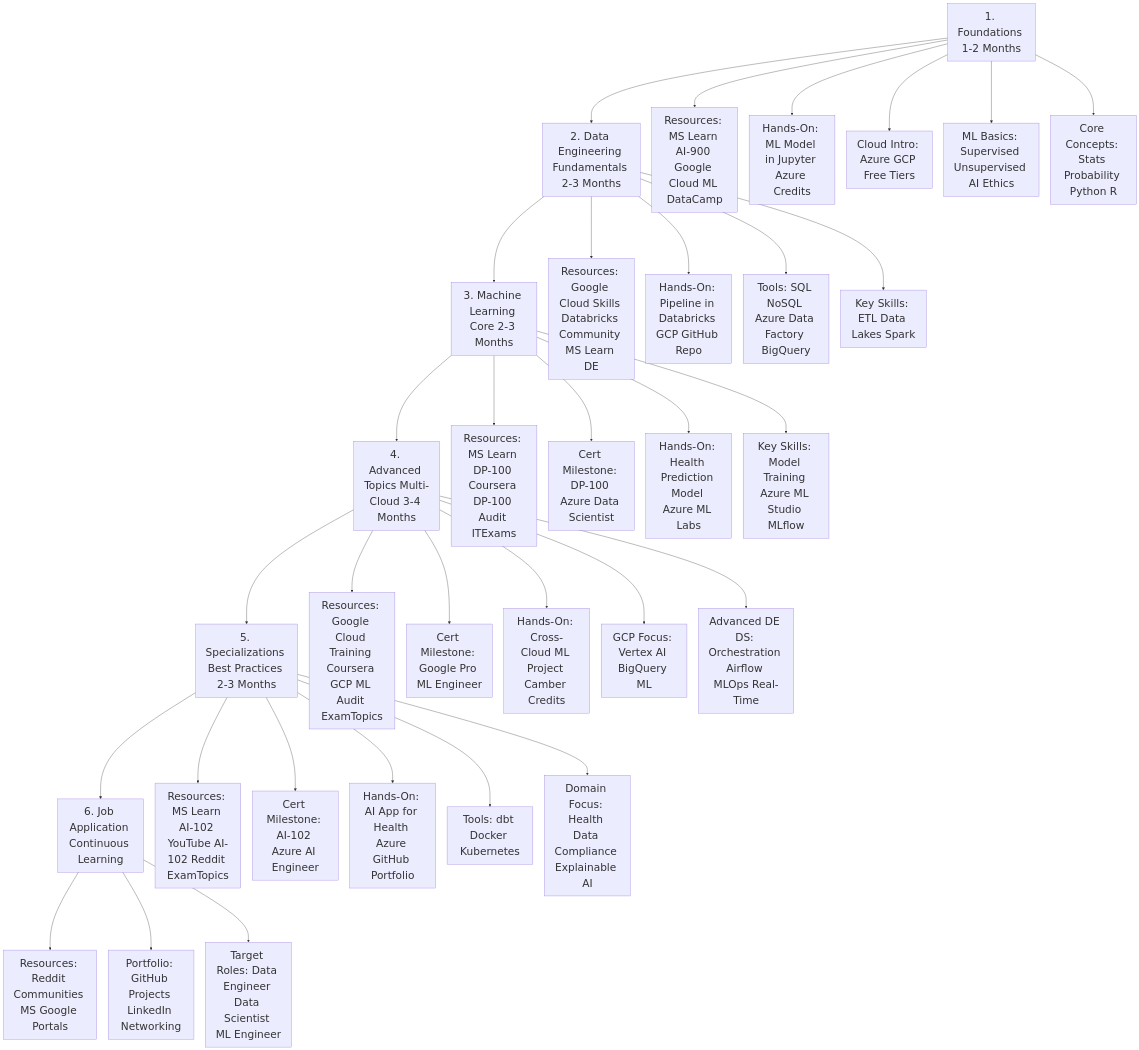
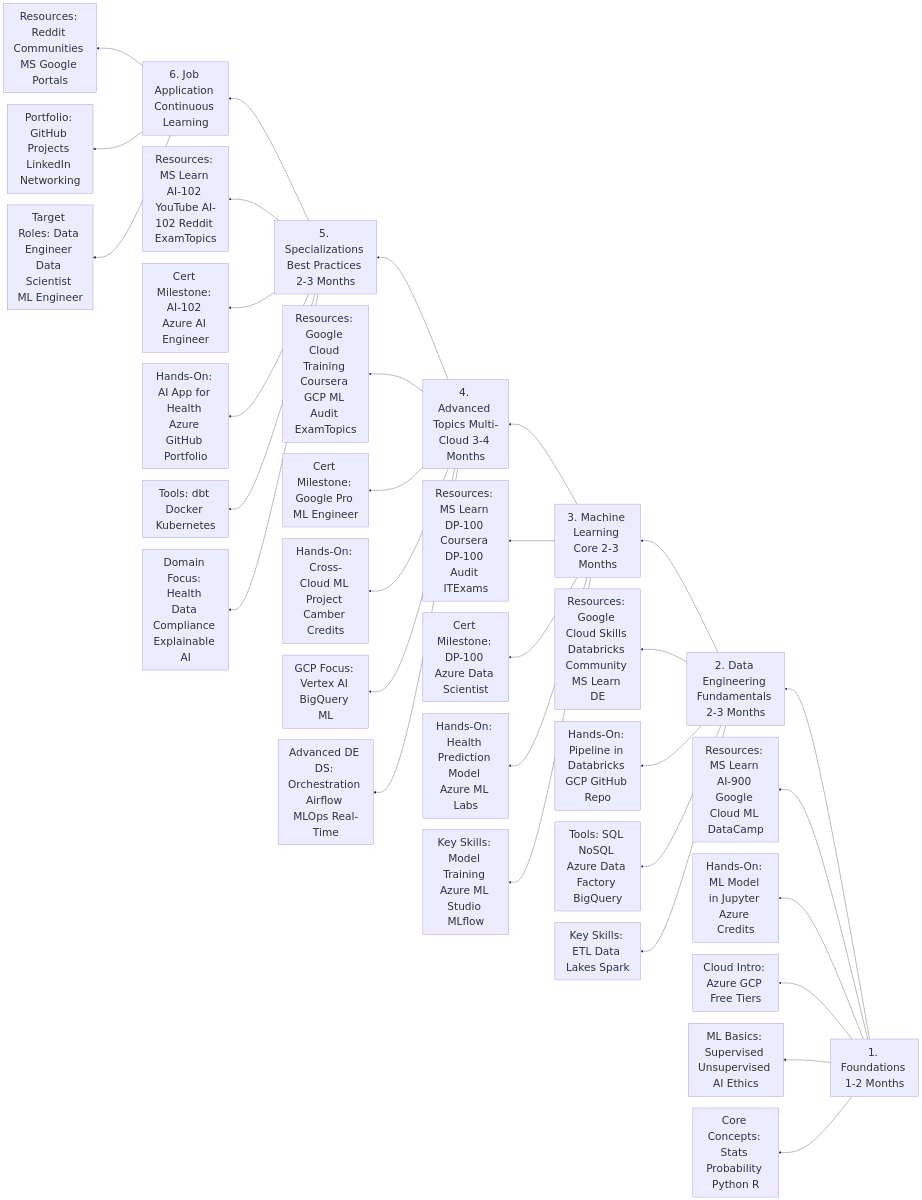
One commit to roijo/RoadmapDEng changed the diagram in RdMapv4b.mmd. Above: the diagram before and after it, drawn with Mermaid.

```diff
--- a/RdMapv4b.mmd
+++ b/RdMapv4b.mmd
@@ -1,41 +1,41 @@
 %%{init: {"flowchart": {"rankSpacing": 140, "nodeSpacing": 35}, "themeVariables": {"fontSize": "32px"}}}%%
 
-graph TD
+graph RL
     A[1. Foundations 1-2 Months] --> B[2. Data Engineering Fundamentals 2-3 Months]
     B --> C[3. Machine Learning Core 2-3 Months]
     C --> D[4. Advanced Topics Multi-Cloud 3-4 Months]
     D --> E[5. Specializations Best Practices 2-3 Months]
     E --> F[6. Job Application Continuous Learning]
 
-    %% children order reversed to produce a left-right mirrored layout
+    %% children order reversed to produce a leftward expansion (right-to-left layout)
     A --> A5[Resources: MS Learn AI-900 Google Cloud ML DataCamp]
     A --> A4[Hands-On: ML Model in Jupyter Azure Credits]
     A --> A3[Cloud Intro: Azure GCP Free Tiers]
     A --> A2[ML Basics: Supervised Unsupervised AI Ethics]
     A --> A1[Core Concepts: Stats Probability Python R]
 
     B --> B4[Resources: Google Cloud Skills Databricks Community MS Learn DE]
     B --> B3[Hands-On: Pipeline in Databricks GCP GitHub Repo]
     B --> B2[Tools: SQL NoSQL Azure Data Factory BigQuery]
     B --> B1[Key Skills: ETL Data Lakes Spark]
 
     C --> C4[Resources: MS Learn DP-100 Coursera DP-100 Audit ITExams]
     C --> C3[Cert Milestone: DP-100 Azure Data Scientist]
     C --> C2[Hands-On: Health Prediction Model Azure ML Labs]
     C --> C1[Key Skills: Model Training Azure ML Studio MLflow]
 
     D --> D5[Resources: Google Cloud Training Coursera GCP ML Audit ExamTopics]
     D --> D4[Cert Milestone: Google Pro ML Engineer]
     D --> D3[Hands-On: Cross-Cloud ML Project Camber Credits]
     D --> D2[GCP Focus: Vertex AI BigQuery ML]
     D --> D1[Advanced DE DS: Orchestration Airflow MLOps Real-Time]
 
     E --> E5[Resources: MS Learn AI-102 YouTube AI-102 Reddit ExamTopics]
     E --> E4[Cert Milestone: AI-102 Azure AI Engineer]
     E --> E3[Hands-On: AI App for Health Azure GitHub Portfolio]
     E --> E2[Tools: dbt Docker Kubernetes]
     E --> E1[Domain Focus: Health Data Compliance Explainable AI]
 
     F --> F3[Resources: Reddit Communities MS Google Portals]
     F --> F2[Portfolio: GitHub Projects LinkedIn Networking]
     F --> F1[Target Roles: Data Engineer Data Scientist ML Engineer]
```
